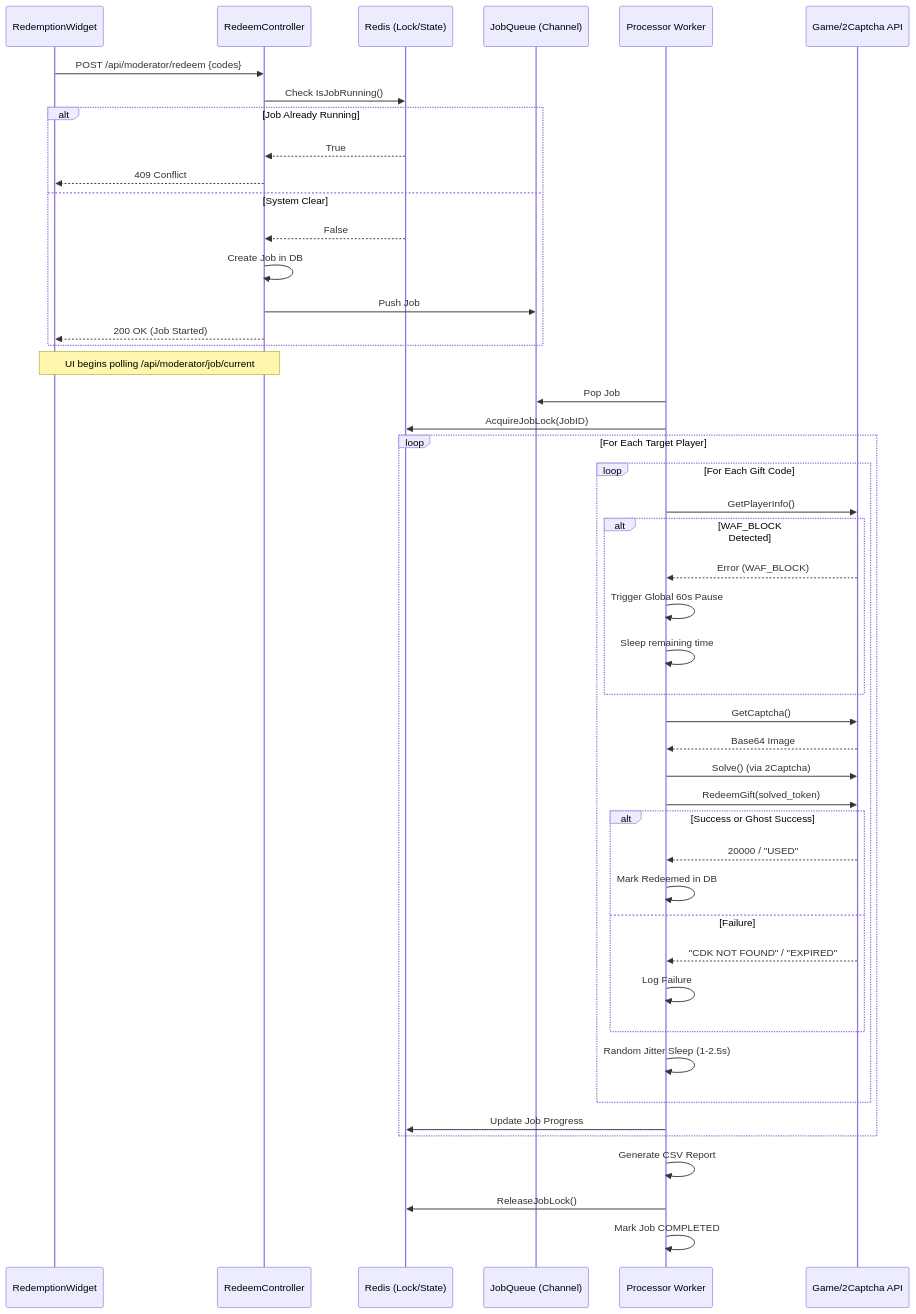
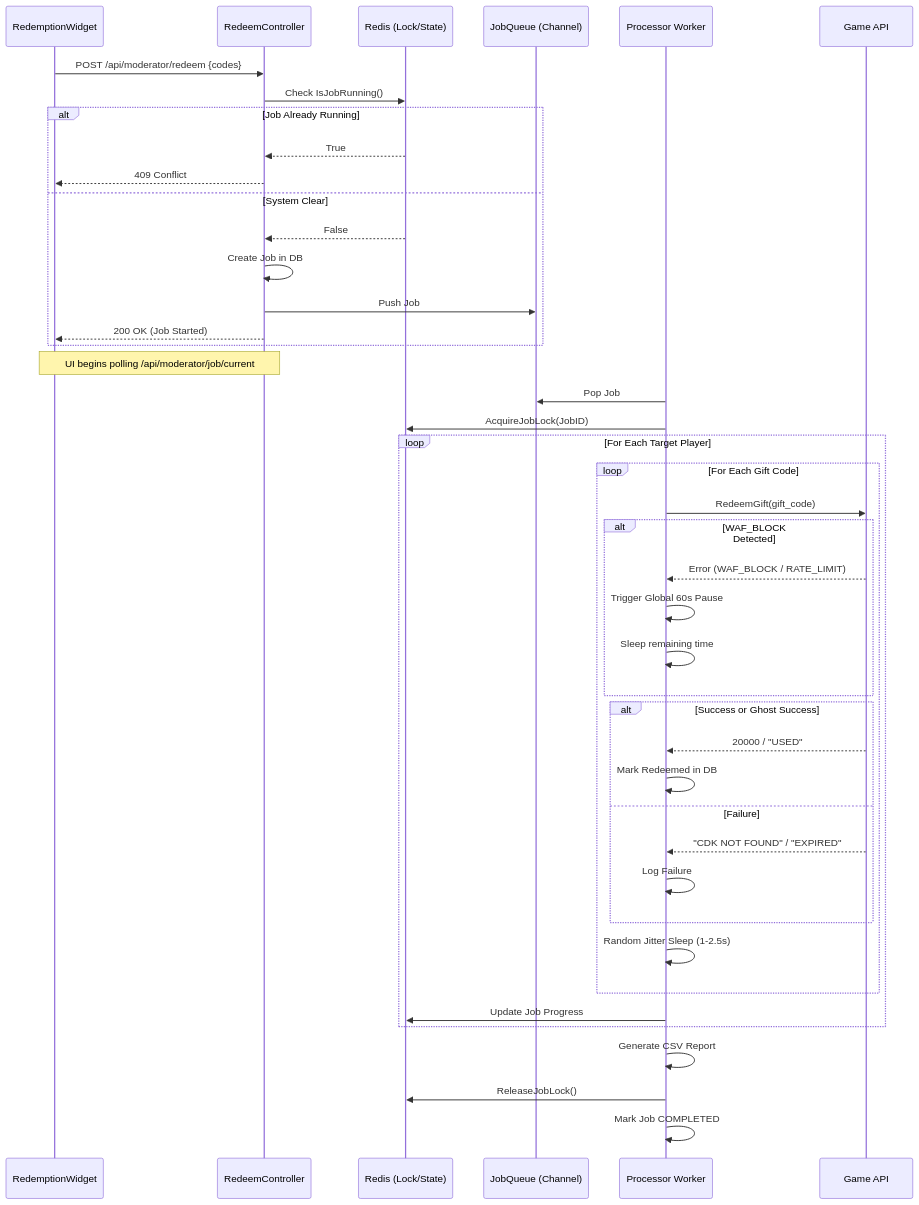
Before and after one commit to encho-petrov/wosdashboard: the diagram in docs/gift_code_engine.mmd, drawn with Mermaid. The commit also changed 41 other files, not shown here.

Commit message:
Fixed player login, gift redeem and related tests

```diff
--- a/docs/gift_code_engine.mmd
+++ b/docs/gift_code_engine.mmd
@@ -1,58 +1,54 @@
 sequenceDiagram
     participant UI as RedemptionWidget
     participant Ctrl as RedeemController
     participant Redis as Redis (Lock/State)
     participant Queue as JobQueue (Channel)
     participant Worker as Processor Worker
-    participant API as Game/2Captcha API
+    participant API as Game API
 
     UI->>Ctrl: POST /api/moderator/redeem {codes}
     Ctrl->>Redis: Check IsJobRunning()
 
     alt Job Already Running
         Redis-->>Ctrl: True
         Ctrl-->>UI: 409 Conflict
     else System Clear
         Redis-->>Ctrl: False
         Ctrl->>Ctrl: Create Job in DB
         Ctrl->>Queue: Push Job
         Ctrl-->>UI: 200 OK (Job Started)
     end
 
     Note over UI, Ctrl: UI begins polling /api/moderator/job/current
 
 %% Async Worker Loop
     Worker->>Queue: Pop Job
     Worker->>Redis: AcquireJobLock(JobID)
 
     loop For Each Target Player
         loop For Each Gift Code
-            Worker->>API: GetPlayerInfo()
+            Worker->>API: RedeemGift(gift_code)
 
             alt WAF_BLOCK Detected
-                API-->>Worker: Error (WAF_BLOCK)
+                API-->>Worker: Error (WAF_BLOCK / RATE_LIMIT)
                 Worker->>Worker: Trigger Global 60s Pause
                 Worker->>Worker: Sleep remaining time
             end
 
-            Worker->>API: GetCaptcha()
-            API-->>Worker: Base64 Image
-            Worker->>API: Solve() (via 2Captcha)
-            Worker->>API: RedeemGift(solved_token)
 
             alt Success or Ghost Success
                 API-->>Worker: 20000 / "USED"
                 Worker->>Worker: Mark Redeemed in DB
             else Failure
                 API-->>Worker: "CDK NOT FOUND" / "EXPIRED"
                 Worker->>Worker: Log Failure
             end
 
             Worker->>Worker: Random Jitter Sleep (1-2.5s)
         end
         Worker->>Redis: Update Job Progress
     end
 
     Worker->>Worker: Generate CSV Report
     Worker->>Redis: ReleaseJobLock()
     Worker->>Worker: Mark Job COMPLETED
```
